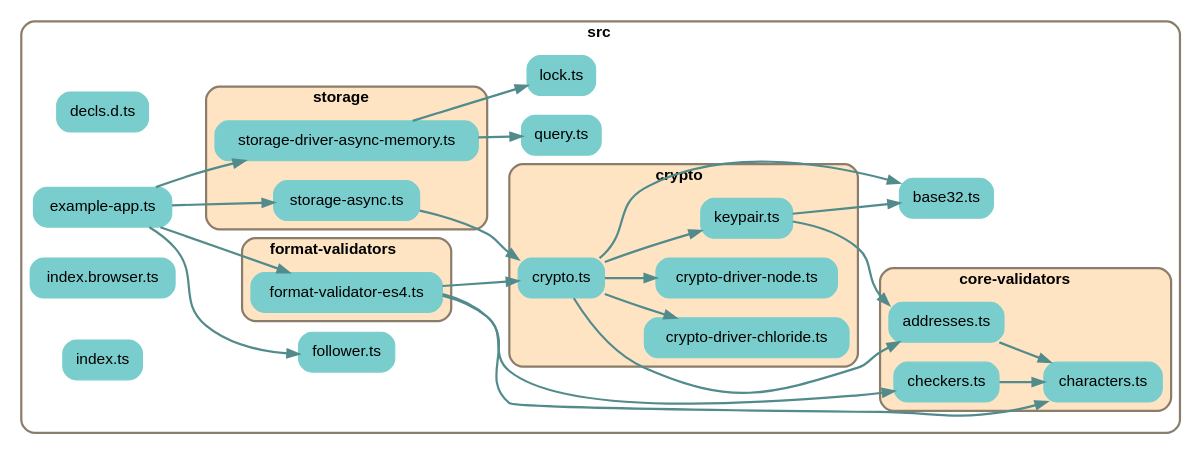
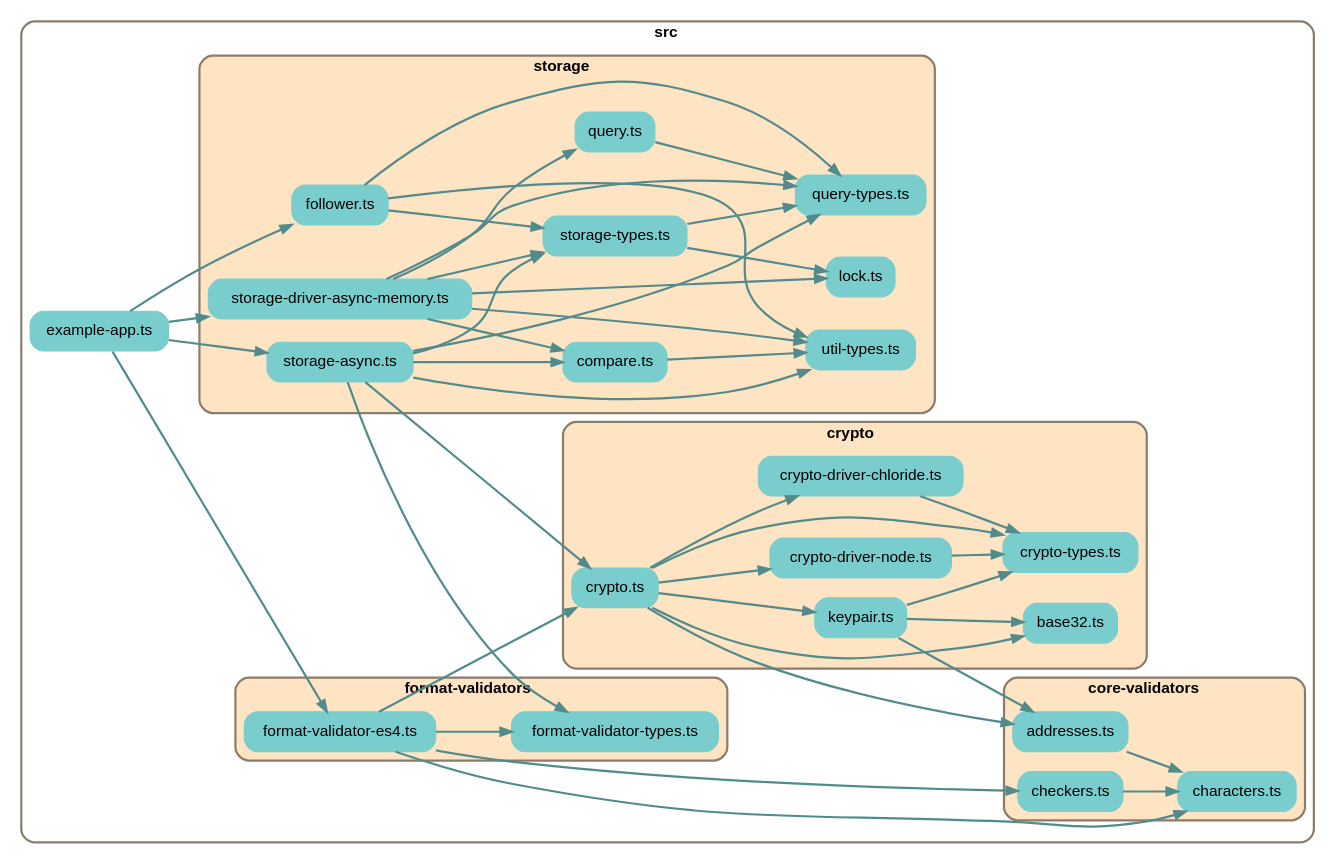
The diagram in depchart/depchart-notypes.dot (earthstar-project/earthstar), drawn with Graphviz before and after one commit. The commit also changed 11 other files, not shown here.

```diff
--- a/depchart/depchart-notypes.dot
+++ b/depchart/depchart-notypes.dot
@@ -1,98 +1,122 @@
 
 digraph G {
     //splines=line;
     //splines=polyline;
     splines=true;
     rankdir=LR;
     //newrank=true;
     compound=true;
     graph [fontname = "helvetica"];  // dpi=72
     node [fontname = "helvetica"];
     edge [fontname = "helvetica"];
     
     // files in their folder clusters
 
-    subgraph cluster8399484277 {
+    subgraph cluster7946223131 {
         label=<<b>src</b>>;
         style="rounded";
         color=bisque4;
         penwidth=2;
                     
-        "src/base32.ts" [label="base32.ts", shape=rectangle; style="rounded,filled"; color=darkslategray3];
-        "src/decls.d.ts" [label="decls.d.ts", shape=rectangle; style="rounded,filled"; color=darkslategray3];
         "src/example-app.ts" [label="example-app.ts", shape=rectangle; style="rounded,filled"; color=darkslategray3];
-        "src/follower.ts" [label="follower.ts", shape=rectangle; style="rounded,filled"; color=darkslategray3];
-        "src/index.browser.ts" [label="index.browser.ts", shape=rectangle; style="rounded,filled"; color=darkslategray3];
-        "src/index.ts" [label="index.ts", shape=rectangle; style="rounded,filled"; color=darkslategray3];
-        "src/lock.ts" [label="lock.ts", shape=rectangle; style="rounded,filled"; color=darkslategray3];
-        "src/query.ts" [label="query.ts", shape=rectangle; style="rounded,filled"; color=darkslategray3];
 
-        subgraph cluster6205599490 {
+        subgraph cluster4639839923 {
             label=<<b>core-validators</b>>;
             style="rounded,filled";
             fillcolor=bisque;
             color=bisque4;
             penwidth=2;
                     
             "src/core-validators/addresses.ts" [label="addresses.ts", shape=rectangle; style="rounded,filled"; color=darkslategray3];
             "src/core-validators/characters.ts" [label="characters.ts", shape=rectangle; style="rounded,filled"; color=darkslategray3];
             "src/core-validators/checkers.ts" [label="checkers.ts", shape=rectangle; style="rounded,filled"; color=darkslategray3];
         }
 
-        subgraph cluster2721400318 {
+        subgraph cluster6798279376 {
             label=<<b>crypto</b>>;
             style="rounded,filled";
             fillcolor=bisque;
             color=bisque4;
             penwidth=2;
                     
+            "src/crypto/base32.ts" [label="base32.ts", shape=rectangle; style="rounded,filled"; color=darkslategray3];
             "src/crypto/crypto-driver-chloride.ts" [label="crypto-driver-chloride.ts", shape=rectangle; style="rounded,filled"; color=darkslategray3];
             "src/crypto/crypto-driver-node.ts" [label="crypto-driver-node.ts", shape=rectangle; style="rounded,filled"; color=darkslategray3];
+            "src/crypto/crypto-types.ts" [label="crypto-types.ts", shape=rectangle; style="rounded,filled"; color=darkslategray3];
             "src/crypto/crypto.ts" [label="crypto.ts", shape=rectangle; style="rounded,filled"; color=darkslategray3];
             "src/crypto/keypair.ts" [label="keypair.ts", shape=rectangle; style="rounded,filled"; color=darkslategray3];
         }
 
-        subgraph cluster1490336643 {
+        subgraph cluster458766014 {
             label=<<b>format-validators</b>>;
             style="rounded,filled";
             fillcolor=bisque;
             color=bisque4;
             penwidth=2;
                     
             "src/format-validators/format-validator-es4.ts" [label="format-validator-es4.ts", shape=rectangle; style="rounded,filled"; color=darkslategray3];
+            "src/format-validators/format-validator-types.ts" [label="format-validator-types.ts", shape=rectangle; style="rounded,filled"; color=darkslategray3];
         }
 
-        subgraph cluster6041864124 {
+        subgraph cluster5135430277 {
             label=<<b>storage</b>>;
             style="rounded,filled";
             fillcolor=bisque;
             color=bisque4;
             penwidth=2;
                     
+            "src/storage/compare.ts" [label="compare.ts", shape=rectangle; style="rounded,filled"; color=darkslategray3];
+            "src/storage/follower.ts" [label="follower.ts", shape=rectangle; style="rounded,filled"; color=darkslategray3];
+            "src/storage/lock.ts" [label="lock.ts", shape=rectangle; style="rounded,filled"; color=darkslategray3];
+            "src/storage/query-types.ts" [label="query-types.ts", shape=rectangle; style="rounded,filled"; color=darkslategray3];
+            "src/storage/query.ts" [label="query.ts", shape=rectangle; style="rounded,filled"; color=darkslategray3];
             "src/storage/storage-async.ts" [label="storage-async.ts", shape=rectangle; style="rounded,filled"; color=darkslategray3];
             "src/storage/storage-driver-async-memory.ts" [label="storage-driver-async-memory.ts", shape=rectangle; style="rounded,filled"; color=darkslategray3];
+            "src/storage/storage-types.ts" [label="storage-types.ts", shape=rectangle; style="rounded,filled"; color=darkslategray3];
+            "src/storage/util-types.ts" [label="util-types.ts", shape=rectangle; style="rounded,filled"; color=darkslategray3];
         }
     }
 
     // edges between files
     "src/core-validators/addresses.ts" -> "src/core-validators/characters.ts" [penwidth=2; color=darkslategray4];
     "src/core-validators/checkers.ts" -> "src/core-validators/characters.ts" [penwidth=2; color=darkslategray4];
+    "src/crypto/crypto-driver-chloride.ts" -> "src/crypto/crypto-types.ts" [penwidth=2; color=darkslategray4];
+    "src/crypto/crypto-driver-node.ts" -> "src/crypto/crypto-types.ts" [penwidth=2; color=darkslategray4];
     "src/crypto/crypto.ts" -> "src/crypto/crypto-driver-chloride.ts" [penwidth=2; color=darkslategray4];
     "src/crypto/crypto.ts" -> "src/crypto/crypto-driver-node.ts" [penwidth=2; color=darkslategray4];
-    "src/crypto/crypto.ts" -> "src/base32.ts" [penwidth=2; color=darkslategray4];
+    "src/crypto/crypto.ts" -> "src/crypto/crypto-types.ts" [penwidth=2; color=darkslategray4];
+    "src/crypto/crypto.ts" -> "src/crypto/base32.ts" [penwidth=2; color=darkslategray4];
     "src/crypto/crypto.ts" -> "src/crypto/keypair.ts" [penwidth=2; color=darkslategray4];
     "src/crypto/crypto.ts" -> "src/core-validators/addresses.ts" [penwidth=2; color=darkslategray4];
-    "src/crypto/keypair.ts" -> "src/base32.ts" [penwidth=2; color=darkslategray4];
+    "src/crypto/keypair.ts" -> "src/crypto/base32.ts" [penwidth=2; color=darkslategray4];
+    "src/crypto/keypair.ts" -> "src/crypto/crypto-types.ts" [penwidth=2; color=darkslategray4];
     "src/crypto/keypair.ts" -> "src/core-validators/addresses.ts" [penwidth=2; color=darkslategray4];
     "src/example-app.ts" -> "src/format-validators/format-validator-es4.ts" [penwidth=2; color=darkslategray4];
     "src/example-app.ts" -> "src/storage/storage-driver-async-memory.ts" [penwidth=2; color=darkslategray4];
     "src/example-app.ts" -> "src/storage/storage-async.ts" [penwidth=2; color=darkslategray4];
-    "src/example-app.ts" -> "src/follower.ts" [penwidth=2; color=darkslategray4];
+    "src/example-app.ts" -> "src/storage/follower.ts" [penwidth=2; color=darkslategray4];
+    "src/format-validators/format-validator-es4.ts" -> "src/format-validators/format-validator-types.ts" [penwidth=2; color=darkslategray4];
     "src/format-validators/format-validator-es4.ts" -> "src/core-validators/characters.ts" [penwidth=2; color=darkslategray4];
     "src/format-validators/format-validator-es4.ts" -> "src/core-validators/checkers.ts" [penwidth=2; color=darkslategray4];
     "src/format-validators/format-validator-es4.ts" -> "src/crypto/crypto.ts" [penwidth=2; color=darkslategray4];
+    "src/storage/compare.ts" -> "src/storage/util-types.ts" [penwidth=2; color=darkslategray4];
+    "src/storage/follower.ts" -> "src/storage/util-types.ts" [penwidth=2; color=darkslategray4];
+    "src/storage/follower.ts" -> "src/storage/query-types.ts" [penwidth=2; color=darkslategray4];
+    "src/storage/follower.ts" -> "src/storage/storage-types.ts" [penwidth=2; color=darkslategray4];
+    "src/storage/query.ts" -> "src/storage/query-types.ts" [penwidth=2; color=darkslategray4];
+    "src/storage/storage-async.ts" -> "src/storage/util-types.ts" [penwidth=2; color=darkslategray4];
+    "src/storage/storage-async.ts" -> "src/storage/query-types.ts" [penwidth=2; color=darkslategray4];
+    "src/storage/storage-async.ts" -> "src/storage/storage-types.ts" [penwidth=2; color=darkslategray4];
+    "src/storage/storage-async.ts" -> "src/format-validators/format-validator-types.ts" [penwidth=2; color=darkslategray4];
+    "src/storage/storage-async.ts" -> "src/storage/compare.ts" [penwidth=2; color=darkslategray4];
     "src/storage/storage-async.ts" -> "src/crypto/crypto.ts" [penwidth=2; color=darkslategray4];
-    "src/storage/storage-driver-async-memory.ts" -> "src/query.ts" [penwidth=2; color=darkslategray4];
-    "src/storage/storage-driver-async-memory.ts" -> "src/lock.ts" [penwidth=2; color=darkslategray4];
+    "src/storage/storage-driver-async-memory.ts" -> "src/storage/util-types.ts" [penwidth=2; color=darkslategray4];
+    "src/storage/storage-driver-async-memory.ts" -> "src/storage/query-types.ts" [penwidth=2; color=darkslategray4];
+    "src/storage/storage-driver-async-memory.ts" -> "src/storage/storage-types.ts" [penwidth=2; color=darkslategray4];
+    "src/storage/storage-driver-async-memory.ts" -> "src/storage/compare.ts" [penwidth=2; color=darkslategray4];
+    "src/storage/storage-driver-async-memory.ts" -> "src/storage/query.ts" [penwidth=2; color=darkslategray4];
+    "src/storage/storage-driver-async-memory.ts" -> "src/storage/lock.ts" [penwidth=2; color=darkslategray4];
+    "src/storage/storage-types.ts" -> "src/storage/query-types.ts" [penwidth=2; color=darkslategray4];
+    "src/storage/storage-types.ts" -> "src/storage/lock.ts" [penwidth=2; color=darkslategray4];
 
 }
```
